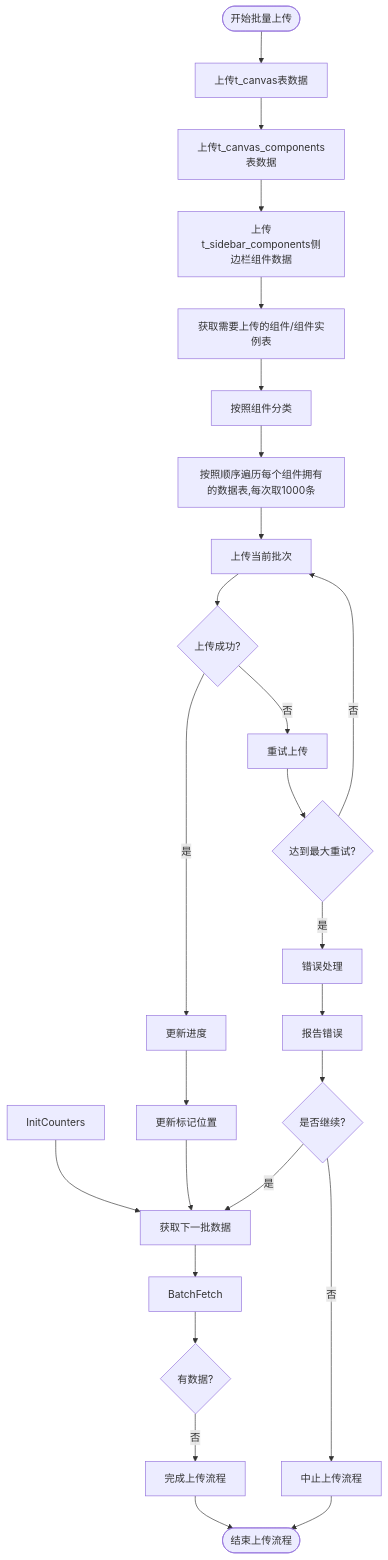
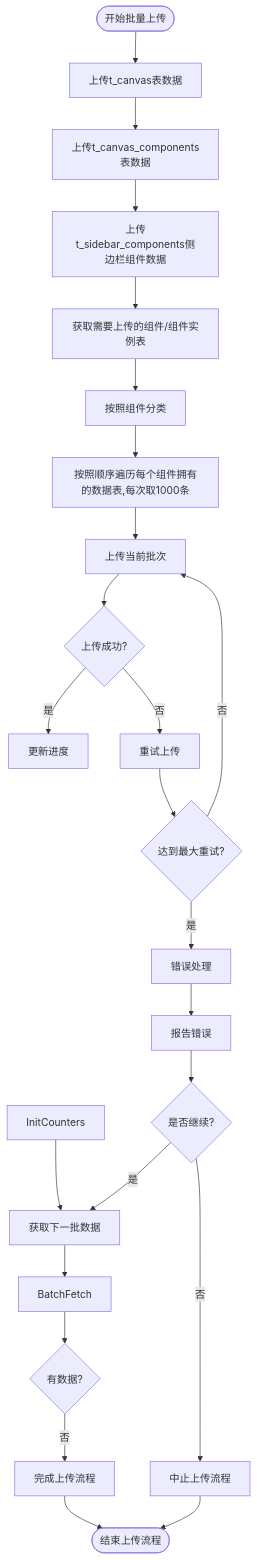
One commit to yingjianzh/iodraw-files changed the diagram in all/未命名-51.md. Above: the diagram before and after it, drawn with Mermaid.

Commit message:
2025-05-08 17:32:23 update

````diff
--- a/all/未命名-51.md
+++ b/all/未命名-51.md
@@ -1,40 +1,39 @@
 ```mermaid
 flowchart TD
     Start([开始批量上传]) --> UploadSpaceData[上传t_canvas表数据]
     UploadSpaceData --> UploadComponentListData[上传t_canvas_components表数据]
     UploadComponentListData --> UploadSiderComponent[上传t_sidebar_components侧边栏组件数据]
     UploadSiderComponent --> FetchData[获取需要上传的组件/组件实例表]
     FetchData --> ClassifyData[按照组件分类]
     ClassifyData --> UploadData[按照顺序遍历每个组件拥有的数据表,每次取1000条]
     UploadData --> UploadBatch[上传当前批次]
     
     
     
     InitCounters --> FetchNextBatch[获取下一批数据]
     
     
     FetchNextBatch --> BatchFetch
     
     BatchFetch --> CheckResults{有数据?}
     CheckResults -->|否| CompleteUpload[完成上传流程]
      
     
     UploadBatch --> UploadSuccess{上传成功?}
     UploadSuccess -->|是| UpdateProgress[更新进度]
     UploadSuccess -->|否| RetryUpload[重试上传]
     
     RetryUpload --> MaxRetries{达到最大重试?}
     MaxRetries -->|否| UploadBatch
     MaxRetries -->|是| ErrorHandling[错误处理]
     
     ErrorHandling --> ReportError[报告错误]
     ReportError --> ContinueOption{是否继续?}
     ContinueOption -->|是| FetchNextBatch
     ContinueOption -->|否| AbortProcess[中止上传流程]
     
-    UpdateProgress --> UpdateMarker[更新标记位置]
-    UpdateMarker --> FetchNextBatch
+    
     
     CompleteUpload --> End([结束上传流程])
     AbortProcess --> End
 ```
````
